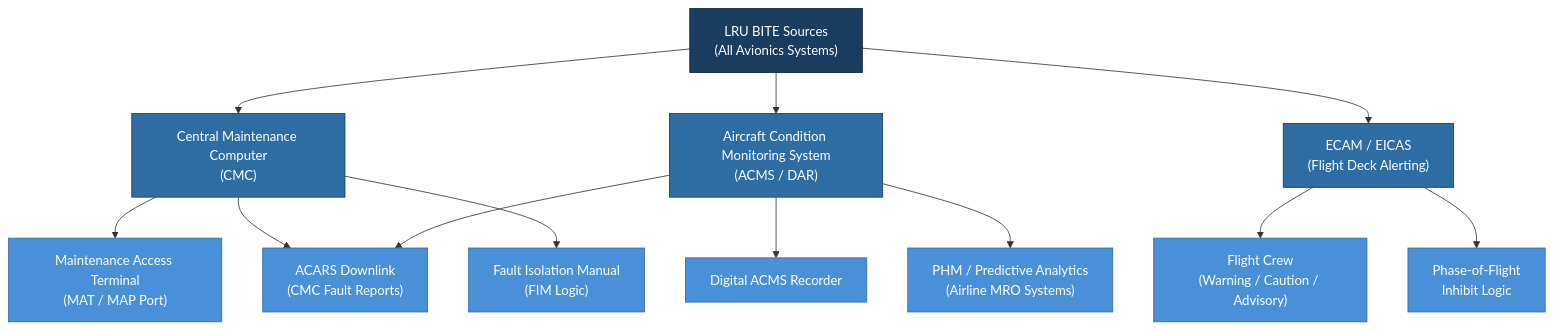
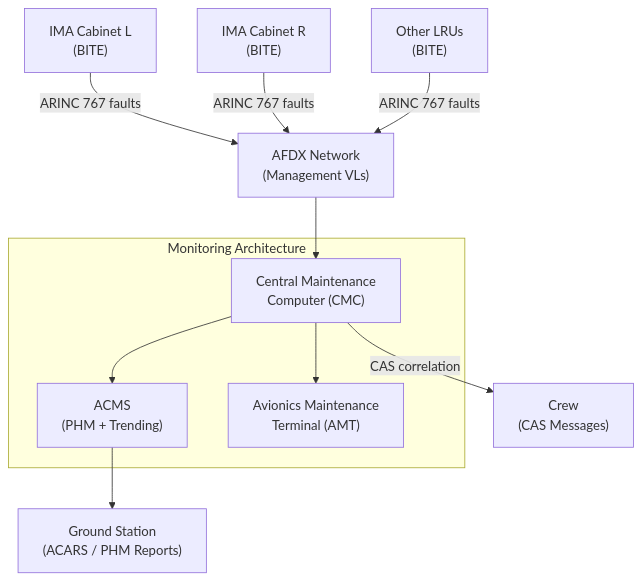
The first of 3 diagrams in Q+ATLANTIDE/000-099_ATLAS/040-049_Avionica-Informacion-y-APU/040_Multisystem/040-080-Multisystem-Monitoring-Diagnostics-and-Control-Interfaces.md (AmedeoPelliccia/Qplus-For-All-Queer-People-and-Quantum), drawn with Mermaid before and after one commit. The commit also changed other lines of this file and 10 other files, not shown here.

````diff
--- a/Q+ATLANTIDE/000-099_ATLAS/040-049_Avionica-Informacion-y-APU/040_Multisystem/040-080-Multisystem-Monitoring-Diagnostics-and-Control-Interfaces.md
+++ b/Q+ATLANTIDE/000-099_ATLAS/040-049_Avionica-Informacion-y-APU/040_Multisystem/040-080-Multisystem-Monitoring-Diagnostics-and-Control-Interfaces.md
@@ -66,26 +145,19 @@
 ```mermaid
-flowchart TD
-    SYS_BITE["LRU BITE Sources\n(All Avionics Systems)"]
+graph TB
+    subgraph MonArch["Monitoring Architecture"]
+        CMC["Central Maintenance\nComputer (CMC)"]
+        ACMS["ACMS\n(PHM + Trending)"]
+        AMT["Avionics Maintenance\nTerminal (AMT)"]
+    end
+    IMA_L["IMA Cabinet L\n(BITE)"]
+    IMA_R["IMA Cabinet R\n(BITE)"]
+    LRU_MISC["Other LRUs\n(BITE)"]
+    AFDX["AFDX Network\n(Management VLs)"]
+    ACARS_GS["Ground Station\n(ACARS / PHM Reports)"]
+    CREW["Crew\n(CAS Messages)"]
 
-    SYS_BITE --> CMC["Central Maintenance Computer\n(CMC)"]
-    SYS_BITE --> ACMS["Aircraft Condition Monitoring System\n(ACMS / DAR)"]
-    SYS_BITE --> ECAM["ECAM / EICAS\n(Flight Deck Alerting)"]
-
-    CMC --> MAT["Maintenance Access Terminal\n(MAT / MAP Port)"]
-    CMC --> ACARS_DOWN["ACARS Downlink\n(CMC Fault Reports)"]
-    CMC --> FIM["Fault Isolation Manual\n(FIM Logic)"]
-
-    ACMS --> ACARS_DOWN
-    ACMS --> DAR["Digital ACMS Recorder"]
-    ACMS --> PHM["PHM / Predictive Analytics\n(Airline MRO Systems)"]
-
-    ECAM --> CREW["Flight Crew\n(Warning / Caution / Advisory)"]
-    ECAM --> INHIBIT["Phase-of-Flight\nInhibit Logic"]
-
-    classDef source fill:#1a3c5e,color:#fff,stroke:#0d2137
-    classDef core fill:#2e6da4,color:#fff,stroke:#1a3c5e
-    classDef output fill:#4a90d9,color:#fff,stroke:#2e6da4
-    class SYS_BITE source
-    class CMC,ACMS,ECAM core
-    class MAT,ACARS_DOWN,FIM,DAR,PHM,CREW,INHIBIT output
+    IMA_L & IMA_R & LRU_MISC -->|ARINC 767 faults| AFDX --> CMC
+    CMC --> AMT
+    CMC --> ACMS --> ACARS_GS
+    CMC -->|CAS correlation| CREW
 ```
````
